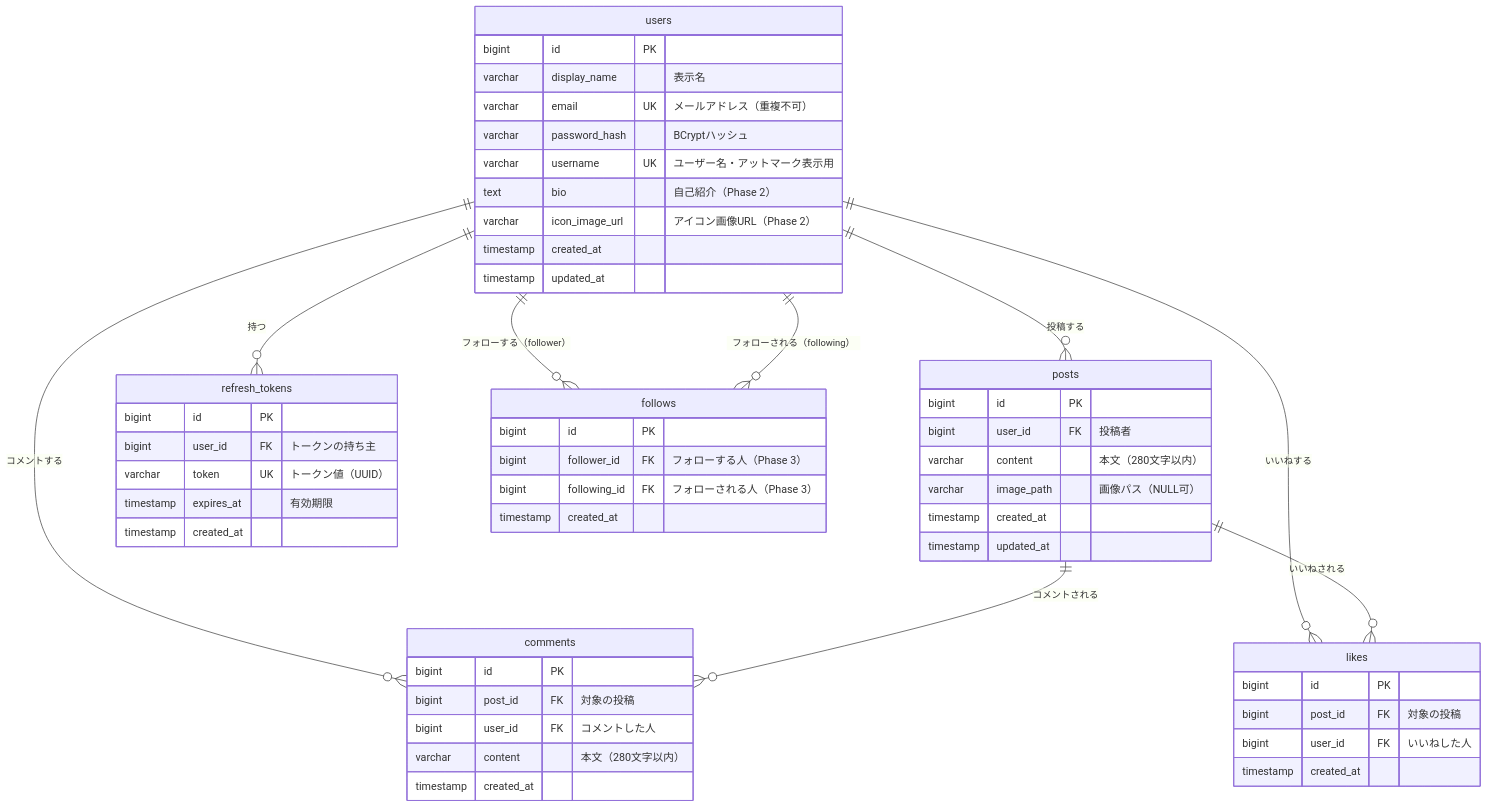
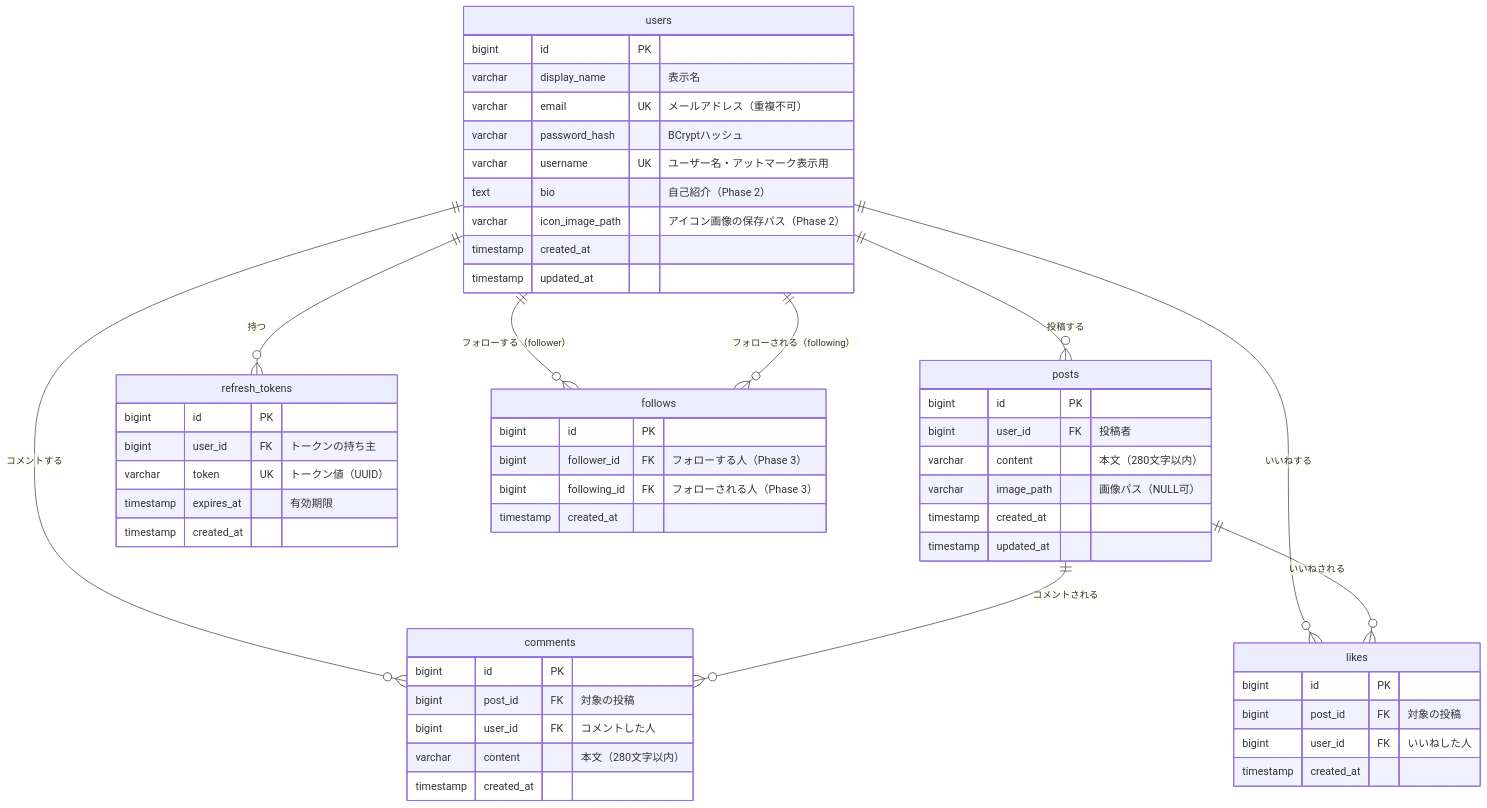
Before and after one commit to yusu31/RaiseTimeLine: the diagram in docs/database-design.md, drawn with Mermaid. The commit also changed other lines of this file and 40 other files, not shown here.

````diff
--- a/docs/database-design.md
+++ b/docs/database-design.md
@@ -18,62 +18,62 @@
 ```mermaid
 erDiagram
     users ||--o{ posts : "投稿する"
     users ||--o{ comments : "コメントする"
     users ||--o{ likes : "いいねする"
     users ||--o{ refresh_tokens : "持つ"
     users ||--o{ follows : "フォローする（follower）"
     users ||--o{ follows : "フォローされる（following）"
     posts ||--o{ comments : "コメントされる"
     posts ||--o{ likes : "いいねされる"
 
     users {
         bigint id PK
         varchar display_name "表示名"
         varchar email UK "メールアドレス（重複不可）"
         varchar password_hash "BCryptハッシュ"
         varchar username UK "ユーザー名・アットマーク表示用"
         text bio "自己紹介（Phase 2）"
-        varchar icon_image_url "アイコン画像URL（Phase 2）"
+        varchar icon_image_path "アイコン画像の保存パス（Phase 2）"
         timestamp created_at
         timestamp updated_at
     }
 
     posts {
         bigint id PK
         bigint user_id FK "投稿者"
         varchar content "本文（280文字以内）"
         varchar image_path "画像パス（NULL可）"
         timestamp created_at
         timestamp updated_at
     }
 
     comments {
         bigint id PK
         bigint post_id FK "対象の投稿"
         bigint user_id FK "コメントした人"
         varchar content "本文（280文字以内）"
         timestamp created_at
     }
 
     likes {
         bigint id PK
         bigint post_id FK "対象の投稿"
         bigint user_id FK "いいねした人"
         timestamp created_at
     }
 
     refresh_tokens {
         bigint id PK
         bigint user_id FK "トークンの持ち主"
         varchar token UK "トークン値（UUID）"
         timestamp expires_at "有効期限"
         timestamp created_at
     }
 
     follows {
         bigint id PK
         bigint follower_id FK "フォローする人（Phase 3）"
         bigint following_id FK "フォローされる人（Phase 3）"
         timestamp created_at
     }
 ```
````
